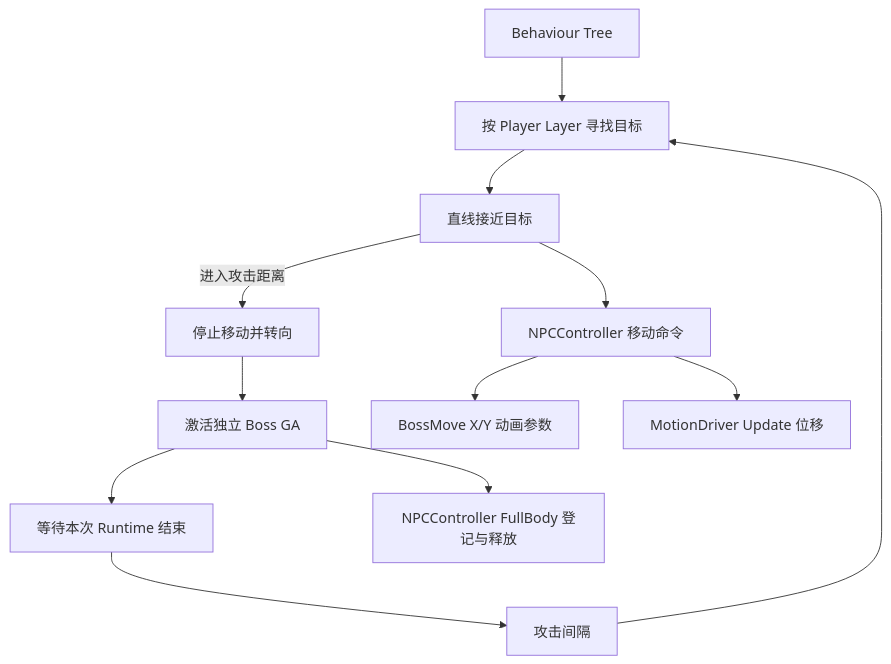
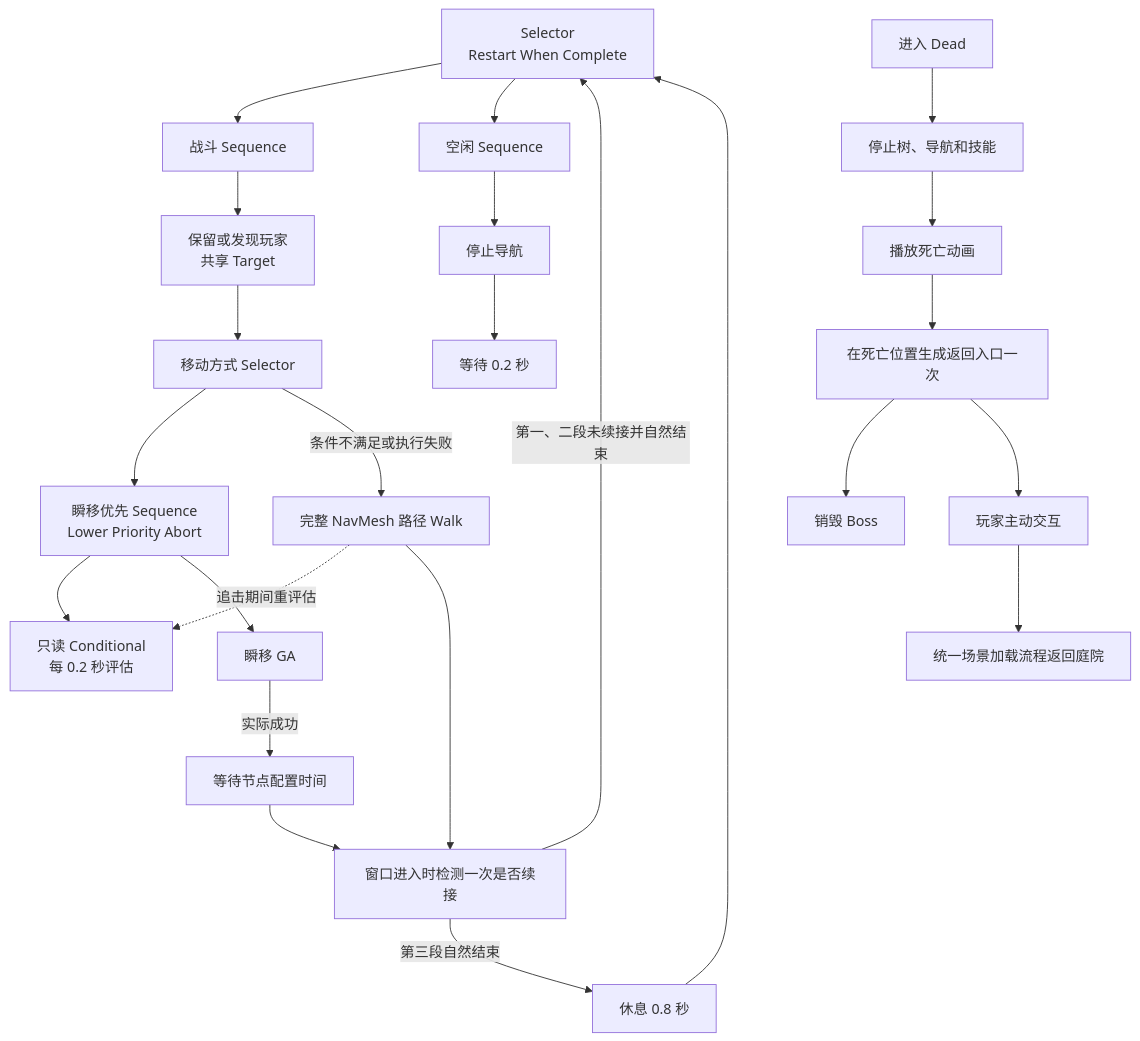
One commit to Whitesheeeep/3DRPG changed the first of 2 diagrams in Assets/Scripts/NPC/Plans/BossBehaviourTree_Plan.md. Above: the diagram before and after it, drawn with Mermaid. The commit also changed other lines of this file and 83 other files, not shown here.

````diff
--- a/Assets/Scripts/NPC/Plans/BossBehaviourTree_Plan.md
+++ b/Assets/Scripts/NPC/Plans/BossBehaviourTree_Plan.md
@@ -11,15 +7,26 @@
 ```mermaid
 flowchart TD
-    BT[Behaviour Tree] --> Find[按 Player Layer 寻找目标]
-    Find --> Move[直线接近目标]
-    Move -->|进入攻击距离| Stop[停止移动并转向]
-    Stop --> GA[激活独立 Boss GA]
-    GA --> Wait[等待本次 Runtime 结束]
-    Wait --> Interval[攻击间隔]
-    Interval --> Find
-
-    Move --> Controller[NPCController 移动命令]
-    Controller --> Mixer[BossMove X/Y 动画参数]
-    Controller --> Driver[MotionDriver Update 位移]
-    GA --> Register[NPCController FullBody 登记与释放]
+    Root[Selector\nRestart When Complete] --> Combat[战斗 Sequence]
+    Root --> Idle[空闲 Sequence]
+    Combat --> Find[保留或发现玩家\n共享 Target]
+    Find --> MoveChoice[移动方式 Selector]
+    MoveChoice --> TeleportSequence[瞬移优先 Sequence\nLower Priority Abort]
+    TeleportSequence --> CanTeleport[只读 Conditional\n每 0.2 秒评估]
+    TeleportSequence --> Teleport[瞬移 GA]
+    Teleport -->|实际成功| Wait[等待节点配置时间]
+    MoveChoice -->|条件不满足或执行失败| Walk[完整 NavMesh 路径 Walk]
+    Walk -.->|追击期间重评估| CanTeleport
+    Wait --> Attack[窗口进入时检测一次是否续接]
+    Walk --> Attack
+    Attack -->|第一、二段未续接并自然结束| Root
+    Attack -->|第三段自然结束| Rest[休息 0.8 秒]
+    Rest --> Root
+    Idle --> Stop[停止导航]
+    Stop --> Retry[等待 0.2 秒]
+    Death[进入 Dead] --> Cleanup[停止树、导航和技能]
+    Cleanup --> Animation[播放死亡动画]
+    Animation --> Exit[在死亡位置生成返回入口一次]
+    Exit --> Destroy[销毁 Boss]
+    Exit --> Interact[玩家主动交互]
+    Interact --> Courtyard[统一场景加载流程返回庭院]
 ```
````
